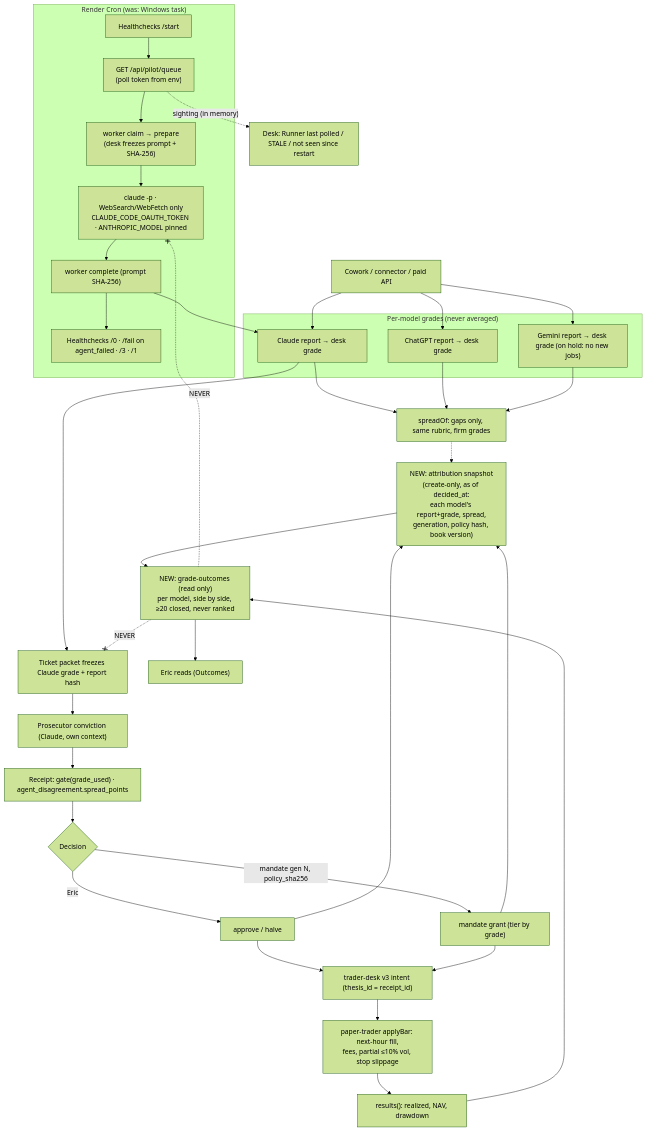
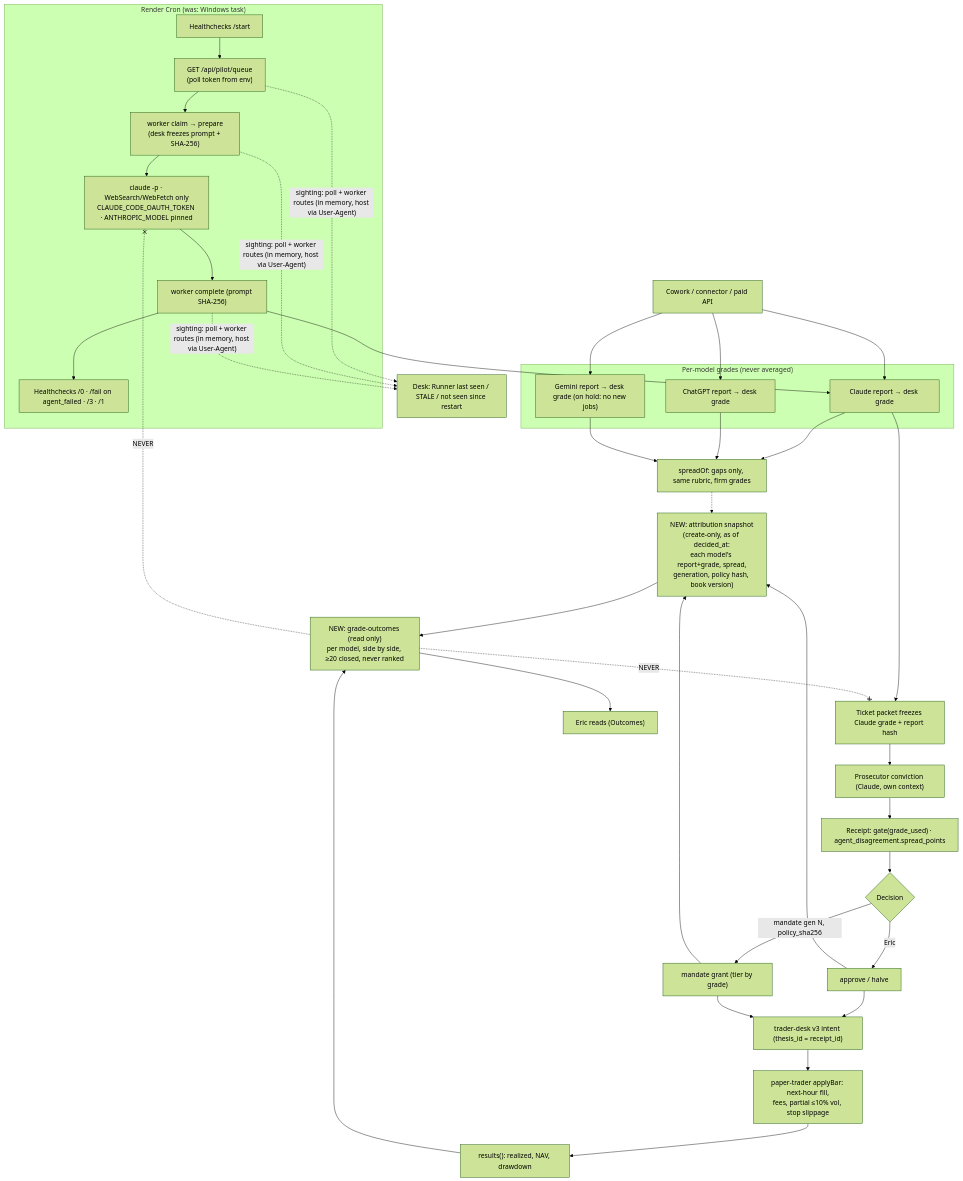
The diagram in docs/proposals/2026-11-02-borrowed-tools-x-grades.md (kuaya1/CryptoResearch), drawn with Mermaid (forest theme) before and after one commit. The commit also changed other lines of this file, not shown here.

````diff
--- a/docs/proposals/2026-11-02-borrowed-tools-x-grades.md
+++ b/docs/proposals/2026-11-02-borrowed-tools-x-grades.md
@@ -170,36 +192,36 @@
 ```mermaid
 flowchart TD
   subgraph RUNNER["Render Cron (was: Windows task)"]
     HC1["Healthchecks /start"] --> POLL["GET /api/pilot/queue<br/>(poll token from env)"]
     POLL --> CLAIM["worker claim → prepare<br/>(desk freezes prompt + SHA-256)"]
     CLAIM --> SESS["claude -p · WebSearch/WebFetch only<br/>CLAUDE_CODE_OAUTH_TOKEN · ANTHROPIC_MODEL pinned"]
     SESS --> DONE["worker complete (prompt SHA-256)"]
     DONE --> HC2["Healthchecks /0 · /fail on agent_failed · /3 · /1"]
   end
-  POLL -. "sighting (in memory)" .-> LIVE["Desk: Runner last polled / STALE / not seen since restart"]
+  POLL & CLAIM & DONE -. "sighting: poll + worker routes (in memory, host via User-Agent)" .-> LIVE["Desk: Runner last seen / STALE / not seen since restart"]
 
   subgraph GRADES["Per-model grades (never averaged)"]
     RC["Claude report → desk grade"]
     RG["ChatGPT report → desk grade"]
     RM["Gemini report → desk grade (on hold: no new jobs)"]
   end
   DONE --> RC
   COWORK["Cowork / connector / paid API"] --> RC & RG & RM
 
   RC & RG & RM --> SPREAD["spreadOf: gaps only, same rubric, firm grades"]
   RC --> TICKET["Ticket packet freezes Claude grade + report hash"]
   TICKET --> PROS["Prosecutor conviction (Claude, own context)"]
   PROS --> RECEIPT["Receipt: gate(grade_used) · agent_disagreement.spread_points"]
   RECEIPT --> DEC{"Decision"}
   DEC -->|Eric| D1["approve / halve"]
   DEC -->|mandate gen N, policy_sha256| D2["mandate grant (tier by grade)"]
   D1 & D2 --> SNAP["NEW: attribution snapshot<br/>(create-only, as of decided_at:<br/>each model's report+grade, spread,<br/>generation, policy hash, book version)"]
   SPREAD -.-> SNAP
   D1 & D2 --> INTENT["trader-desk v3 intent (thesis_id = receipt_id)"]
   INTENT --> BOOK["paper-trader applyBar: next-hour fill,<br/>fees, partial ≤10% vol, stop slippage"]
   BOOK --> RES["results(): realized, NAV, drawdown"]
   RES & SNAP --> ATTR["NEW: grade-outcomes (read only)<br/>per model, side by side, ≥20 closed, never ranked"]
   ATTR --> ERIC["Eric reads (Outcomes)"]
   ATTR -. "NEVER" .-x SESS
   ATTR -. "NEVER" .-x TICKET
 ```
````
